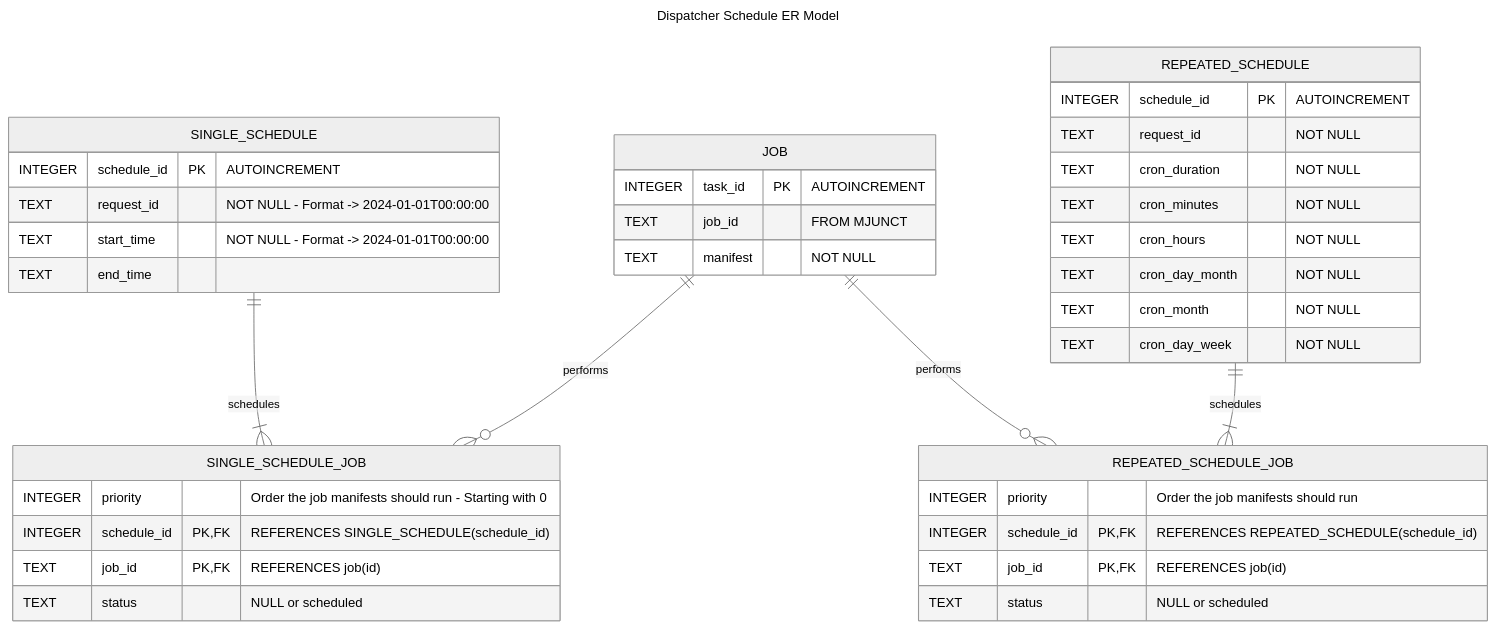
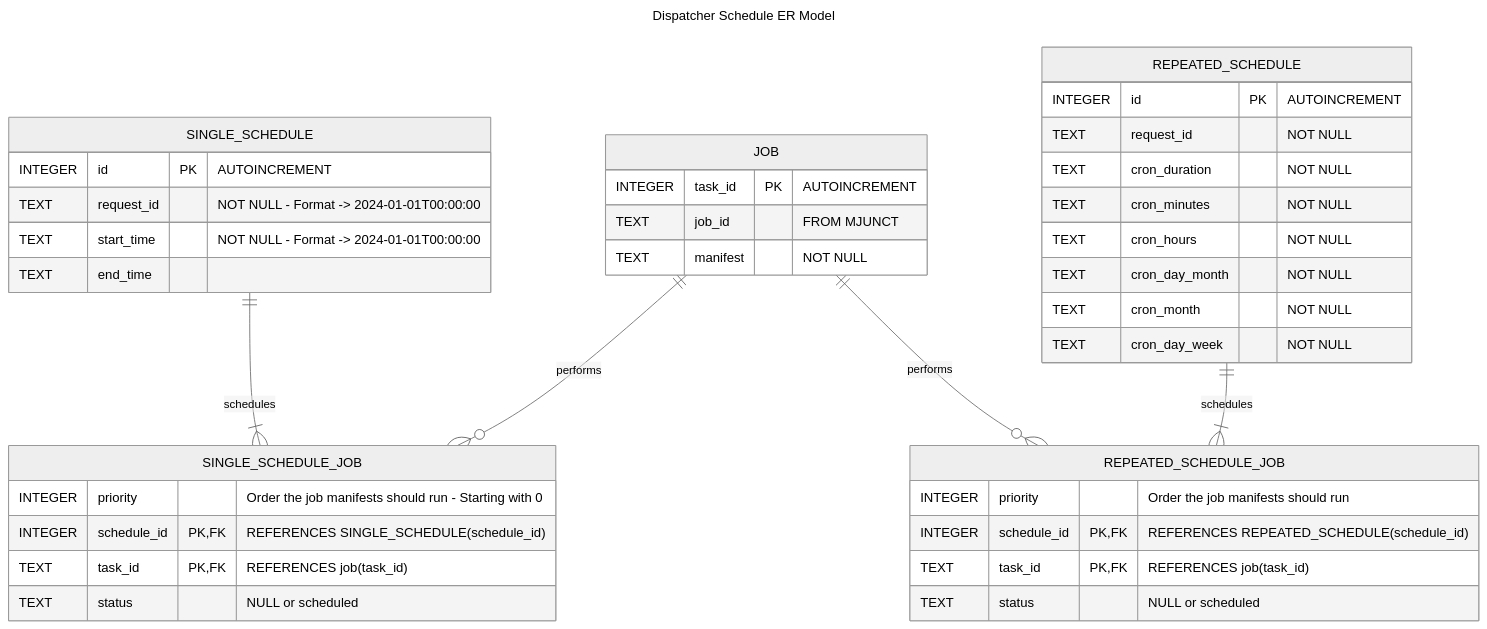
Before and after one commit to intel/intel-inb-manageability: the diagram in docs/Dispatcher Scheduling DB Design.md, drawn with Mermaid (neutral theme). The commit also changed 6 other files, not shown here.

Commit message:
Add Job ID from MJunct and use TaskIds

````diff
--- a/docs/Dispatcher Scheduling DB Design.md
+++ b/docs/Dispatcher Scheduling DB Design.md
@@ -22,51 +22,51 @@
 ```mermaid
 ---
 
 title: Dispatcher Schedule ER Model
 
 ---
 
 erDiagram
     SINGLE_SCHEDULE ||--|{ SINGLE_SCHEDULE_JOB : schedules
     SINGLE_SCHEDULE_JOB {
         INTEGER priority "Order the job manifests should run - Starting with 0"
         INTEGER schedule_id PK,FK "REFERENCES SINGLE_SCHEDULE(schedule_id)"
-        TEXT job_id PK,FK "REFERENCES job(id)"
+        TEXT task_id PK,FK "REFERENCES job(task_id)"
         TEXT status "NULL or scheduled"
     }
 
     SINGLE_SCHEDULE {
-        INTEGER schedule_id PK "AUTOINCREMENT"
+        INTEGER id PK "AUTOINCREMENT"
         TEXT request_id "NOT NULL - Format -> 2024-01-01T00:00:00"
         TEXT start_time "NOT NULL - Format -> 2024-01-01T00:00:00"
         TEXT end_time
     }
     JOB ||--o{ SINGLE_SCHEDULE_JOB: performs
     JOB ||--o{ REPEATED_SCHEDULE_JOB : performs
 
     JOB {
         INTEGER task_id PK "AUTOINCREMENT"
         TEXT job_id "FROM MJUNCT"
         TEXT manifest "NOT NULL"
     }  
     
     REPEATED_SCHEDULE ||--|{ REPEATED_SCHEDULE_JOB : schedules
     REPEATED_SCHEDULE_JOB {
         INTEGER priority "Order the job manifests should run"
         INTEGER schedule_id PK,FK "REFERENCES REPEATED_SCHEDULE(schedule_id)"
-        TEXT job_id PK,FK "REFERENCES job(id)"
+        TEXT task_id PK,FK "REFERENCES job(task_id)"
         TEXT status "NULL or scheduled"
     }
 
     REPEATED_SCHEDULE {
-        INTEGER schedule_id PK "AUTOINCREMENT"
+        INTEGER id PK "AUTOINCREMENT"
         TEXT request_id "NOT NULL"
         TEXT cron_duration "NOT NULL"
         TEXT cron_minutes "NOT NULL"
         TEXT cron_hours "NOT NULL"
         TEXT cron_day_month "NOT NULL"
         TEXT cron_month "NOT NULL"
         TEXT cron_day_week "NOT NULL"
     }
     
 ```
````
